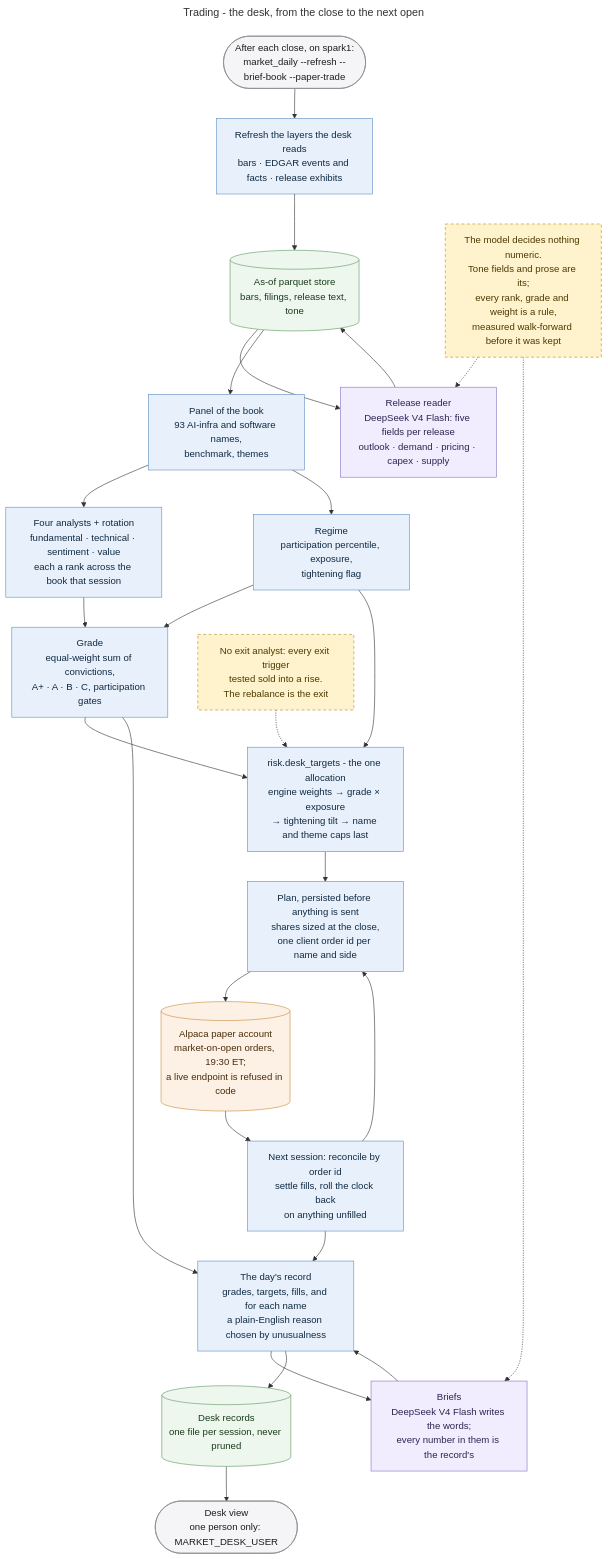
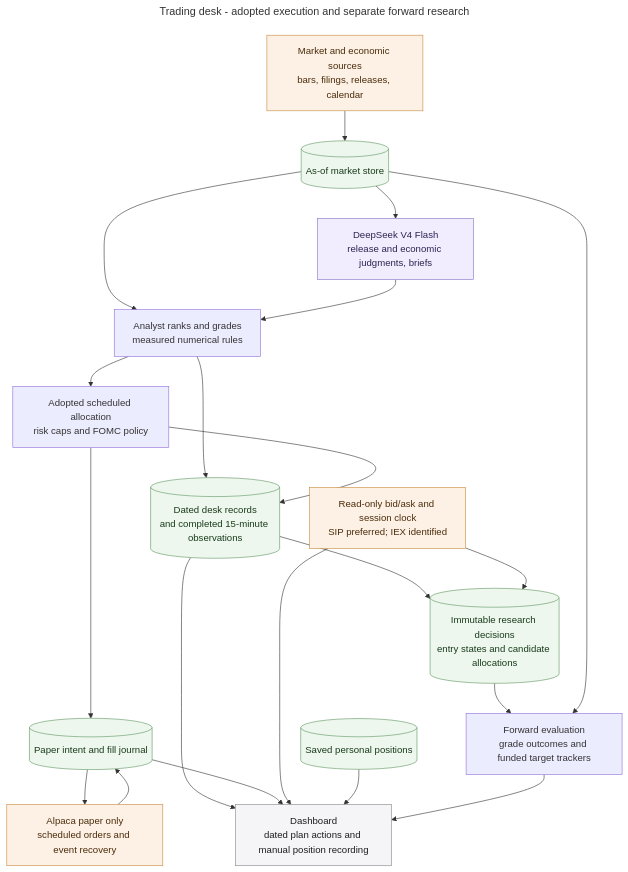
One commit to MallyaAni/PersonalAssistant changed the diagram in docs/diagrams/agent-trading-desk.mmd. Above: the diagram before and after it, drawn with Mermaid. The commit also changed 24 other files, not shown here.

Commit message:
Add dated plan actions and isolated forward trading evidence

```diff
--- a/docs/diagrams/agent-trading-desk.mmd
+++ b/docs/diagrams/agent-trading-desk.mmd
@@ -1,47 +1,32 @@
 ---
-title: Trading - the desk, from the close to the next open
+title: Trading desk - adopted execution and separate forward research
 ---
 flowchart TB
-    Close([After each close, on spark1:<br/>market_daily --refresh --brief-book --paper-trade]) --> Refresh[Refresh the layers the desk reads<br/>bars · EDGAR events and facts · release exhibits]
-    Refresh --> Store[(As-of parquet store<br/>bars, filings, release text, tone)]
-    Store --> Reader[Release reader<br/>DeepSeek V4 Flash: five fields per release<br/>outlook · demand · pricing · capex · supply]
-    Reader --> Store
-    Store --> Panel[Panel of the book<br/>93 AI-infra and software names,<br/>benchmark, themes]
+    Providers[Market and economic sources<br/>bars, filings, releases, calendar] --> Store[(As-of market store)]
+    Store --> Models[DeepSeek V4 Flash<br/>release and economic judgments, briefs]
+    Store --> Grades[Analyst ranks and grades<br/>measured numerical rules]
+    Models --> Grades
+    Grades --> Plan[Adopted scheduled allocation<br/>risk caps and FOMC policy]
+    Plan --> Journal[(Paper intent and fill journal)]
+    Journal --> Broker[Alpaca paper only<br/>scheduled orders and event recovery]
+    Broker --> Journal
+    Grades --> Records[(Dated desk records<br/>and completed 15-minute observations)]
+    Plan --> Records
+    Records --> View[Dashboard<br/>dated plan actions and manual position recording]
+    Journal --> View
+    Quotes[Read-only bid/ask and session clock<br/>SIP preferred; IEX identified] --> View
+    Holdings[(Saved personal positions)] --> View
+    Records --> Research[(Immutable research decisions<br/>entry states and candidate allocations)]
+    Quotes --> Research
+    Research --> Evidence[Forward evaluation<br/>grade outcomes and funded target trackers]
+    Store --> Evidence
+    Evidence --> View
 
-    Panel --> Analysts[Four analysts + rotation<br/>fundamental · technical · sentiment · value<br/>each a rank across the book that session]
-    Panel --> Regime[Regime<br/>participation percentile, exposure,<br/>tightening flag]
-    Analysts --> Grade[Grade<br/>equal-weight sum of convictions,<br/>A+ · A · B · C, participation gates]
-    Regime --> Grade
-    Grade --> Targets[risk.desk_targets - the one allocation<br/>engine weights → grade × exposure<br/>→ tightening tilt → name and theme caps last]
-    Regime --> Targets
-
-    Targets --> Plan[Plan, persisted before anything is sent<br/>shares sized at the close,<br/>one client order id per name and side]
-    Plan --> Broker[(Alpaca paper account<br/>market-on-open orders, 19:30 ET;<br/>a live endpoint is refused in code)]
-    Broker --> Reconcile[Next session: reconcile by order id<br/>settle fills, roll the clock back<br/>on anything unfilled]
-    Reconcile --> Plan
-
-    Grade --> Record[The day's record<br/>grades, targets, fills, and for each name<br/>a plain-English reason chosen by unusualness]
-    Reconcile --> Record
-    Record --> Briefs[Briefs<br/>DeepSeek V4 Flash writes the words;<br/>every number in them is the record's]
-    Briefs --> Record
-    Record --> Files[(Desk records<br/>one file per session, never pruned)]
-    Files --> View([Desk view<br/>one person only: MARKET_DESK_USER])
-
-    Rule[The model decides nothing numeric.<br/>Tone fields and prose are its;<br/>every rank, grade and weight is a rule,<br/>measured walk-forward before it was kept]
-    Rule -.-> Reader
-    Rule -.-> Briefs
-    Exit[No exit analyst: every exit trigger<br/>tested sold into a rise.<br/>The rebalance is the exit]
-    Exit -.-> Targets
-
-    classDef interface fill:#f5f5f7,stroke:#86868b,color:#1d1d1f;
-    classDef application fill:#e8f1fb,stroke:#5e8fc4,color:#102a43;
     classDef data fill:#eef7ee,stroke:#5f9562,color:#183b1b;
     classDef external fill:#fdf1e6,stroke:#c98a3d,color:#4a2c0a;
     classDef model fill:#f1edff,stroke:#8872c6,color:#2e2450;
-    classDef warning fill:#fff3cd,stroke:#b78b20,color:#4d3900,stroke-dasharray:5 4;
-    class Close,View interface;
-    class Refresh,Panel,Analysts,Regime,Grade,Targets,Plan,Reconcile,Record application;
-    class Store,Files data;
-    class Broker external;
-    class Reader,Briefs model;
-    class Rule,Exit warning;
+    classDef interface fill:#f5f5f7,stroke:#86868b,color:#1d1d1f;
+    class Store,Journal,Records,Holdings,Research data;
+    class Providers,Broker,Quotes external;
+    class Models model;
+    class View interface;
```
